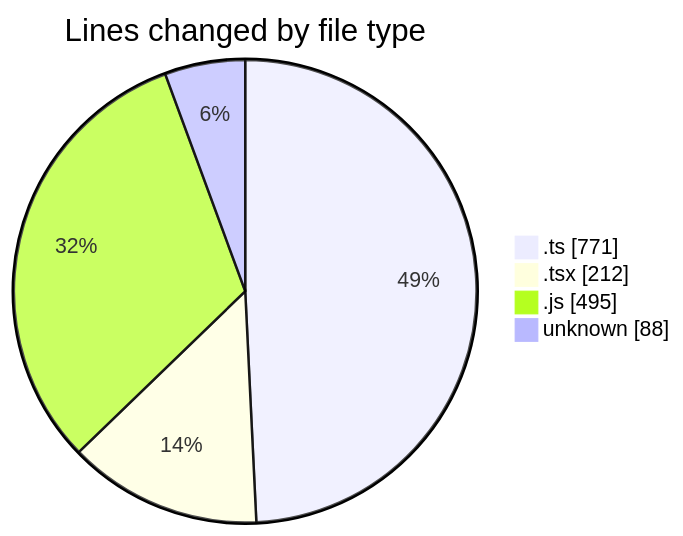
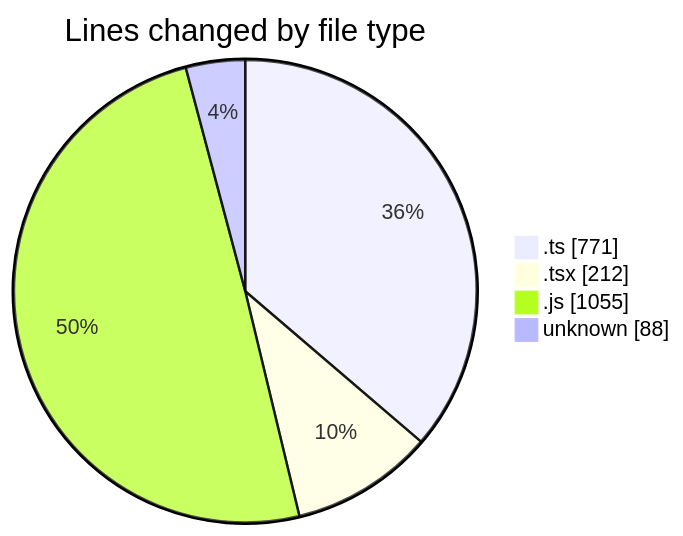
Before and after one commit to momahboobian/code-tracking: the first of 2 diagrams in 2026-03-11/cda/README.md, drawn with Mermaid. The commit also changed other lines of this file and 1 other file, not shown here.

````diff
--- a/2026-03-11/cda/README.md
+++ b/2026-03-11/cda/README.md
@@ -26,8 +28,8 @@
 ```mermaid
 pie showData
 title Lines changed by file type
 ".ts" : 771
 ".tsx" : 212
-".js" : 495
+".js" : 1055
 "unknown" : 88
 ```
````
